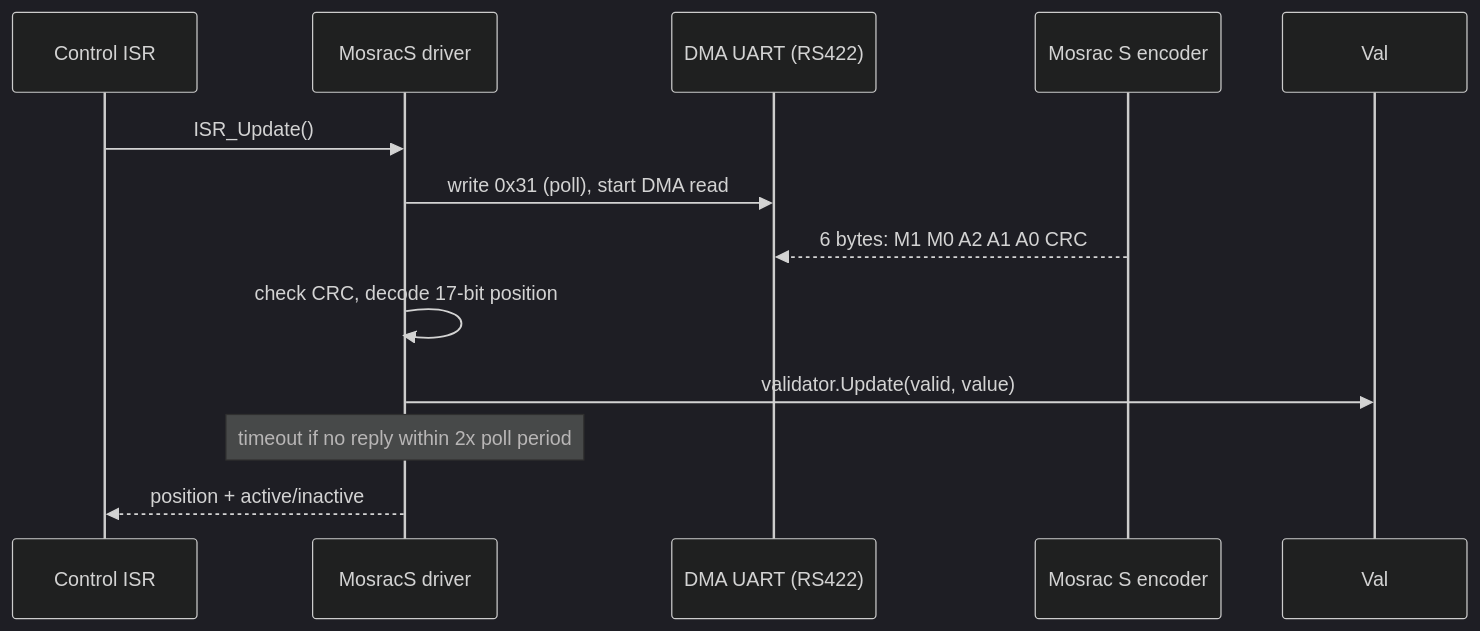
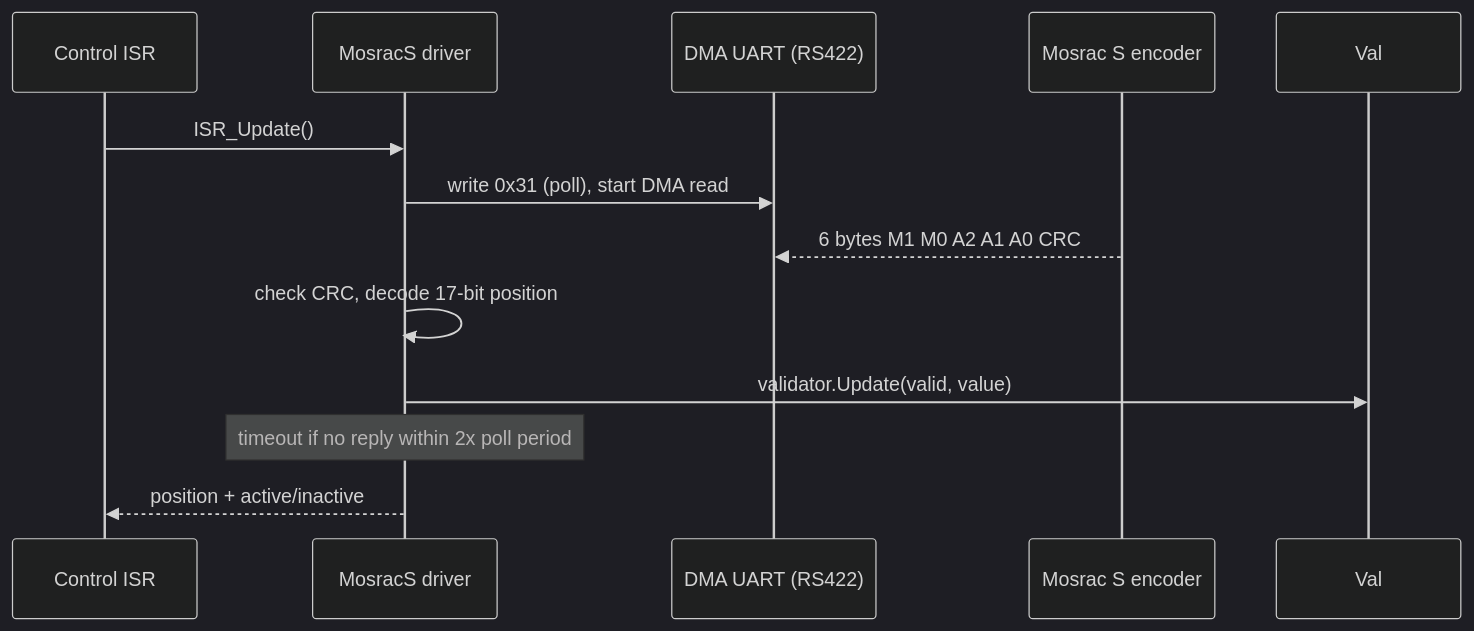
Before and after one commit to ethanmathias/portfolio: the diagram in archibald-moteus/README.md, drawn with Mermaid (dark theme). The commit also changed other lines of this file and 3 other files, not shown here.

````diff
--- a/archibald-moteus/README.md
+++ b/archibald-moteus/README.md
@@ -27,14 +27,14 @@
 ```mermaid
 sequenceDiagram
     participant ISR as Control ISR
     participant Drv as MosracS driver
     participant U as DMA UART (RS422)
     participant Enc as Mosrac S encoder
     ISR->>Drv: ISR_Update()
     Drv->>U: write 0x31 (poll), start DMA read
-    Enc-->>U: 6 bytes: M1 M0 A2 A1 A0 CRC
+    Enc-->>U: 6 bytes M1 M0 A2 A1 A0 CRC
     Drv->>Drv: check CRC, decode 17-bit position
     Drv->>Val: validator.Update(valid, value)
     Note over Drv: timeout if no reply within 2x poll period
     Drv-->>ISR: position + active/inactive
 ```
````
